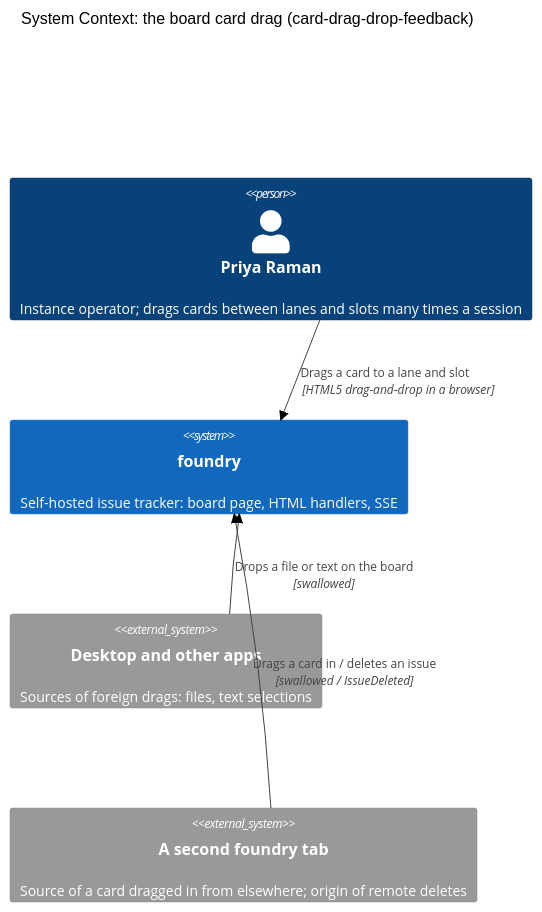
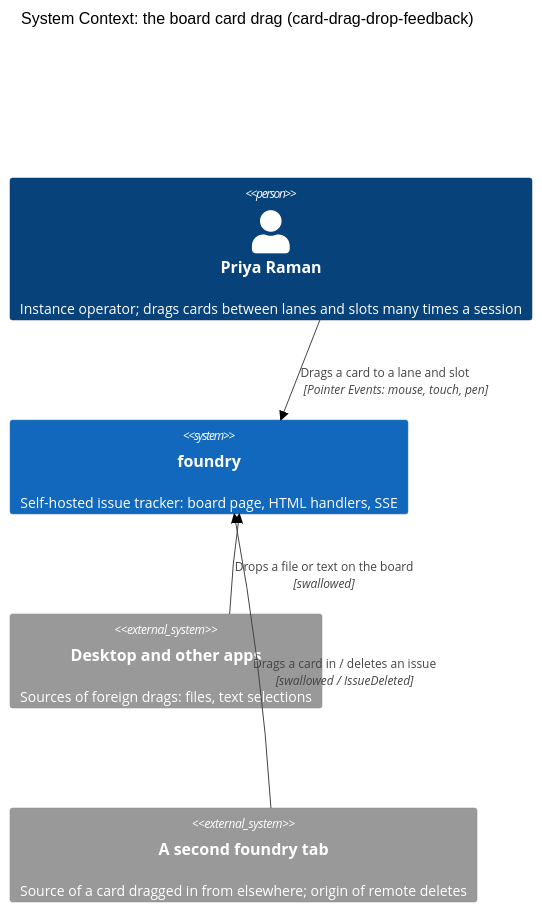
One commit to Canzan/foundry changed the fourth of 6 diagrams in docs/product/architecture/brief.md. Above: the diagram before and after it, drawn with Mermaid (neutral theme). The commit also changed other lines of this file and 10 other files, not shown here.

First line of the commit message:
docs(card-pointer-drag): DISCUSS and DESIGN — cards drag on Pointer Events

````diff
--- a/docs/product/architecture/brief.md
+++ b/docs/product/architecture/brief.md
@@ -411,11 +439,11 @@
 ```mermaid
 C4Context
   title System Context: the board card drag (card-drag-drop-feedback)
   Person(priya, "Priya Raman", "Instance operator; drags cards between lanes and slots many times a session")
   System(foundry, "foundry", "Self-hosted issue tracker: board page, HTML handlers, SSE")
   System_Ext(desktop, "Desktop and other apps", "Sources of foreign drags: files, text selections")
   System_Ext(tab2, "A second foundry tab", "Source of a card dragged in from elsewhere; origin of remote deletes")
-  Rel(priya, foundry, "Drags a card to a lane and slot", "HTML5 drag-and-drop in a browser")
+  Rel(priya, foundry, "Drags a card to a lane and slot", "Pointer Events: mouse, touch, pen")
   Rel(desktop, foundry, "Drops a file or text on the board", "swallowed")
   Rel(tab2, foundry, "Drags a card in / deletes an issue", "swallowed / IssueDeleted")
 ```
````
